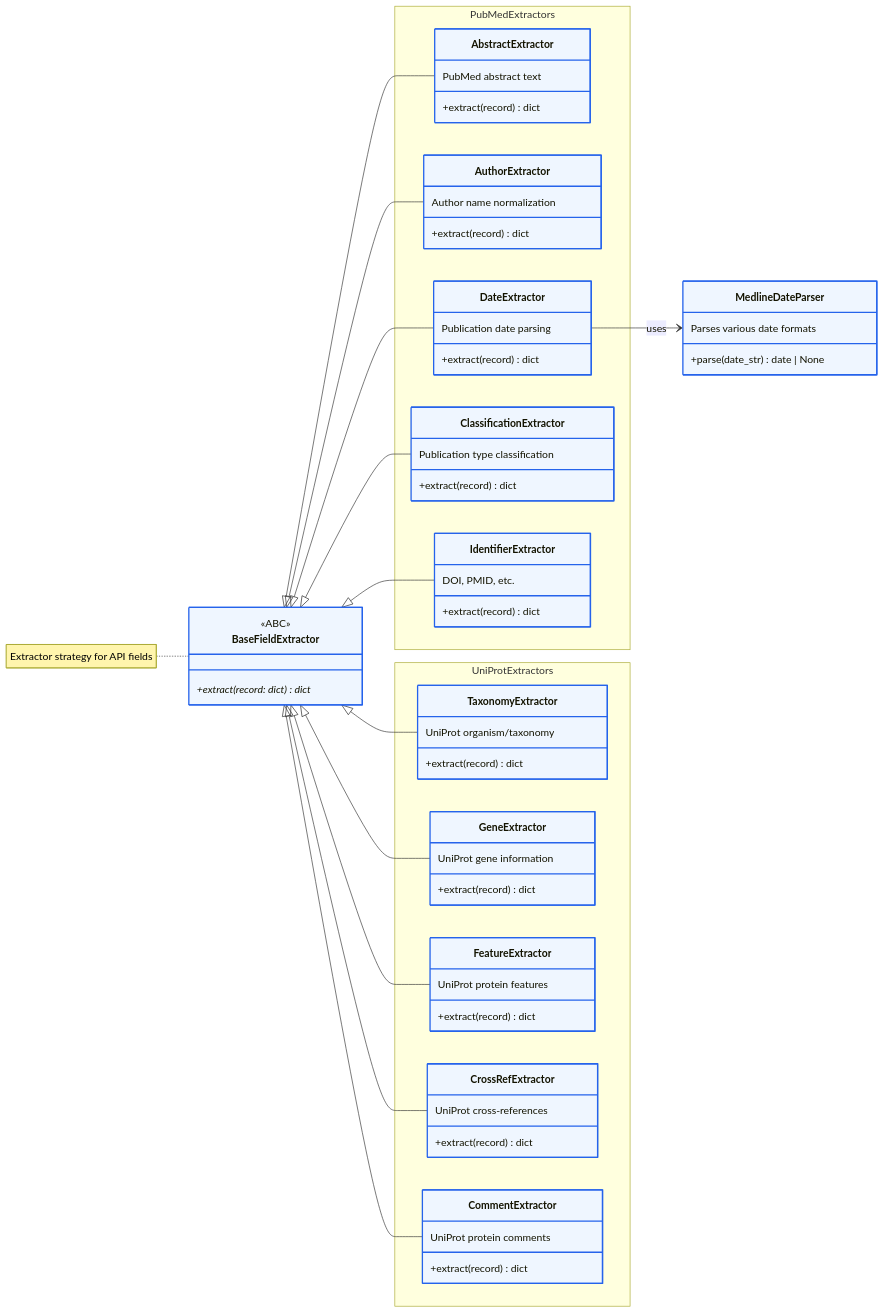
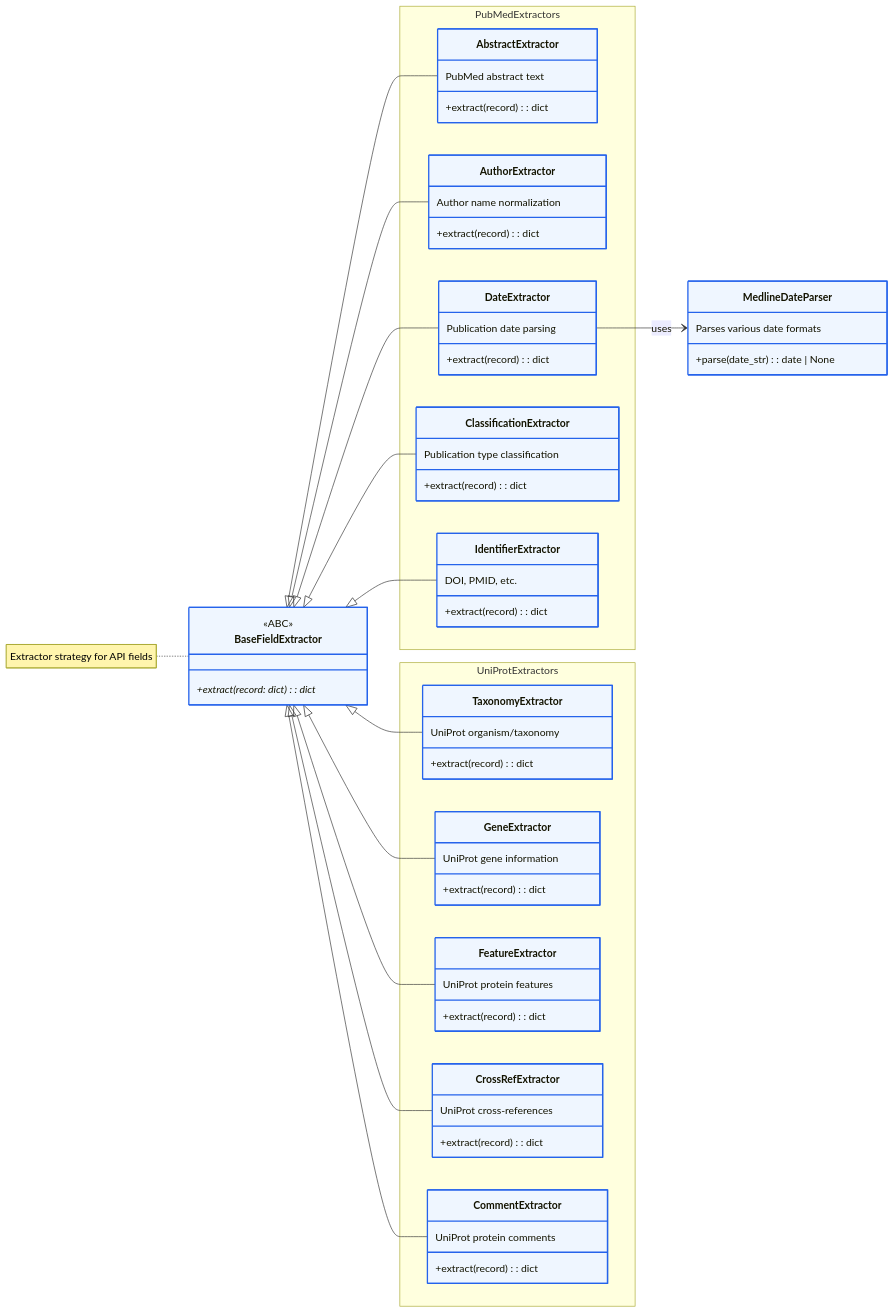
One commit to SatoryKono/BioactivityDataAcquisition changed the diagram in docs/02-architecture/mmd-diagrams/class-diagrams/15-extractors.mmd. Above: the diagram before and after it, drawn with Mermaid. The commit also changed 55 other files, not shown here.

```diff
--- a/docs/02-architecture/mmd-diagrams/class-diagrams/15-extractors.mmd
+++ b/docs/02-architecture/mmd-diagrams/class-diagrams/15-extractors.mmd
@@ -1,114 +1,114 @@
 %% BioETL — Class Diagram: Field Extractors
 %% Extractor pattern used in transformers.
 
 %% @version 1.0.0
 %% @date    2026-02-24
 %% @type    classDiagram
 %% @level   Class / Interface
 %% @uniform class width=224 height=72 max_title_len=23 max_desc_lines=2
 
 classDiagram
     direction LR
     class BaseFieldExtractor {
         <<ABC>>
-        +extract(record: dict) dict*
+        +extract(record: dict): dict*
     }
 
     note for BaseFieldExtractor "Extractor strategy for API fields"
 
     class AbstractExtractor {
         PubMed abstract text
-        +extract(record) dict
+        +extract(record): dict
     }
 
     class AuthorExtractor {
         Author name normalization
-        +extract(record) dict
+        +extract(record): dict
     }
 
     class DateExtractor {
         Publication date parsing
-        +extract(record) dict
+        +extract(record): dict
     }
 
     class ClassificationExtractor {
         Publication type classification
-        +extract(record) dict
+        +extract(record): dict
     }
 
     class IdentifierExtractor {
         DOI, PMID, etc.
-        +extract(record) dict
+        +extract(record): dict
     }
 
     class TaxonomyExtractor {
         UniProt organism/taxonomy
-        +extract(record) dict
+        +extract(record): dict
     }
 
     class GeneExtractor {
         UniProt gene information
-        +extract(record) dict
+        +extract(record): dict
     }
 
     class FeatureExtractor {
         UniProt protein features
-        +extract(record) dict
+        +extract(record): dict
     }
 
     class CrossRefExtractor {
         UniProt cross-references
-        +extract(record) dict
+        +extract(record): dict
     }
 
     class CommentExtractor {
         UniProt protein comments
-        +extract(record) dict
+        +extract(record): dict
     }
 
     class MedlineDateParser {
         Parses various date formats
-        +parse(date_str) date | None
+        +parse(date_str): date | None
     }
 
     BaseFieldExtractor <|-- AbstractExtractor
     BaseFieldExtractor <|-- AuthorExtractor
     BaseFieldExtractor <|-- DateExtractor
     BaseFieldExtractor <|-- ClassificationExtractor
     BaseFieldExtractor <|-- IdentifierExtractor
     BaseFieldExtractor <|-- TaxonomyExtractor
     BaseFieldExtractor <|-- GeneExtractor
     BaseFieldExtractor <|-- FeatureExtractor
     BaseFieldExtractor <|-- CrossRefExtractor
     BaseFieldExtractor <|-- CommentExtractor
 
     DateExtractor --> MedlineDateParser : uses
 
     namespace PubMedExtractors {
         class AbstractExtractor
         class AuthorExtractor
         class DateExtractor
         class ClassificationExtractor
         class IdentifierExtractor
     }
 
     namespace UniProtExtractors {
         class TaxonomyExtractor
         class GeneExtractor
         class FeatureExtractor
         class CrossRefExtractor
         class CommentExtractor
     }
 
     style BaseFieldExtractor fill:#eff6ff,stroke:#2563eb,stroke-width:2px
     style AbstractExtractor fill:#eff6ff,stroke:#2563eb,stroke-width:2px
     style AuthorExtractor fill:#eff6ff,stroke:#2563eb,stroke-width:2px
     style DateExtractor fill:#eff6ff,stroke:#2563eb,stroke-width:2px
     style ClassificationExtractor fill:#eff6ff,stroke:#2563eb,stroke-width:2px
     style IdentifierExtractor fill:#eff6ff,stroke:#2563eb,stroke-width:2px
     style TaxonomyExtractor fill:#eff6ff,stroke:#2563eb,stroke-width:2px
     style GeneExtractor fill:#eff6ff,stroke:#2563eb,stroke-width:2px
     style FeatureExtractor fill:#eff6ff,stroke:#2563eb,stroke-width:2px
     style CrossRefExtractor fill:#eff6ff,stroke:#2563eb,stroke-width:2px
     style CommentExtractor fill:#eff6ff,stroke:#2563eb,stroke-width:2px
     style MedlineDateParser fill:#eff6ff,stroke:#2563eb,stroke-width:2px
```
